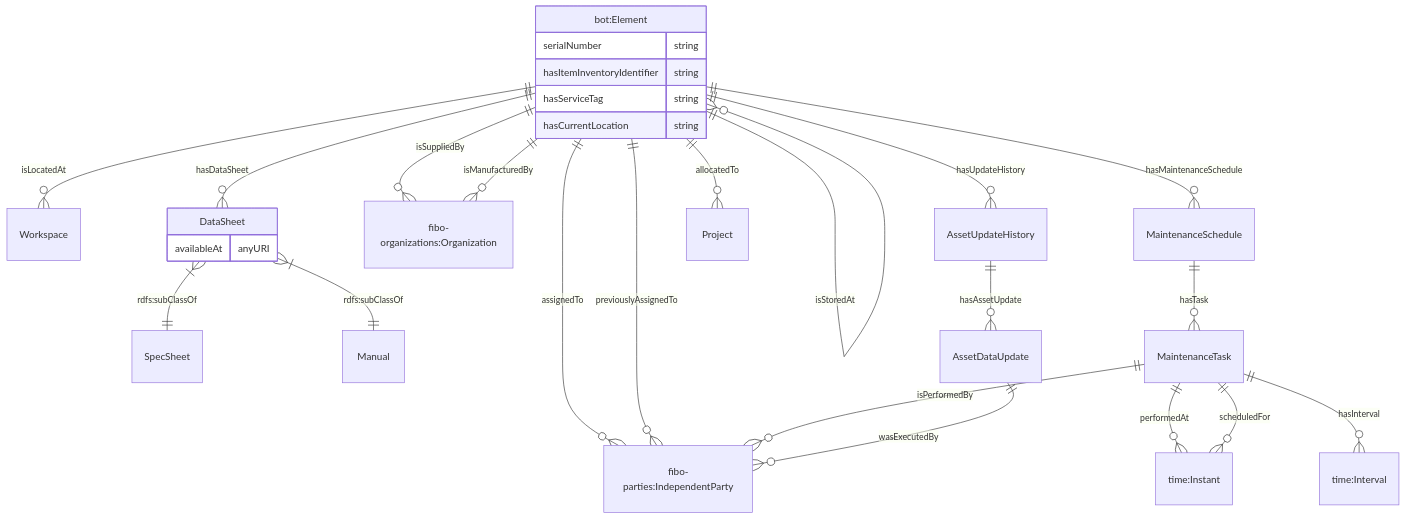
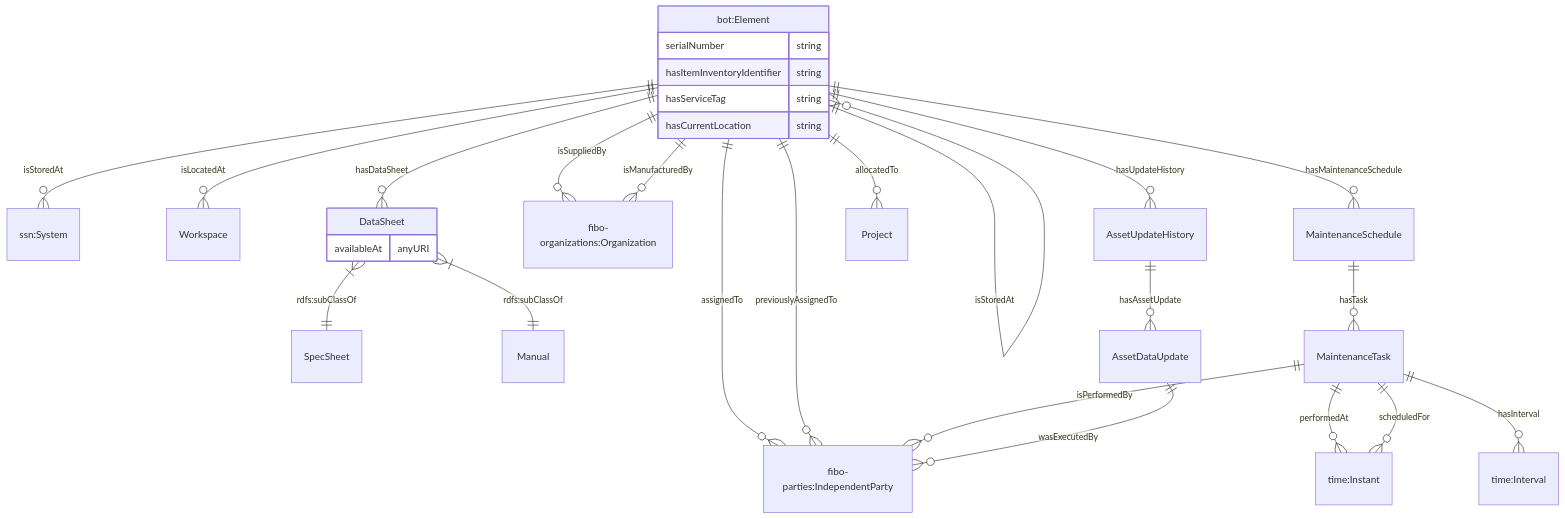
One commit to cambridge-cares/TheWorldAvatar changed the seventh of 10 diagrams in JPS_Ontology/ontology/ontoassetmanagement/README.MD. Above: the diagram before and after it, drawn with Mermaid. The commit also changed other lines of this file and 2 other files, not shown here.

Commit message:
1660-dev-ontosystem-and-modify-ontoassetmanagement-to-include-ssnsystem: Modify ontoassetmanagement to include ssn:System as a domain for some of the properties

````diff
--- a/JPS_Ontology/ontology/ontoassetmanagement/README.MD
+++ b/JPS_Ontology/ontology/ontoassetmanagement/README.MD
@@ -158,31 +160,32 @@
 ```mermaid
     erDiagram
     "bot:Element" ||--o{ "bot:Element" : isStoredAt
+    "bot:Element" ||--o{ "ssn:System" : isStoredAt
     "bot:Element" ||--o{ "fibo-parties:IndependentParty" : assignedTo
     "bot:Element" ||--o{ "fibo-parties:IndependentParty" : previouslyAssignedTo
     "bot:Element" ||--o{ "Workspace" : isLocatedAt
     "bot:Element" ||--o{ "MaintenanceSchedule" : hasMaintenanceSchedule
     "bot:Element" ||--o{ "fibo-organizations:Organization" : isSuppliedBy
     "bot:Element" ||--o{ "fibo-organizations:Organization" : isManufacturedBy
     "bot:Element" ||--o{ "DataSheet" : hasDataSheet
     "DataSheet" }|--|| "SpecSheet" : "rdfs:subClassOf"
     "DataSheet" }|--|| "Manual" : "rdfs:subClassOf"
     "DataSheet" {
         availableAt anyURI
     }
     "MaintenanceSchedule" ||--o{ "MaintenanceTask" : hasTask
     "MaintenanceTask" ||--o{ "time:Instant" : performedAt
     "MaintenanceTask" ||--o{ "time:Instant" : scheduledFor
     "MaintenanceTask" ||--o{ "fibo-parties:IndependentParty" : isPerformedBy
     "MaintenanceTask" ||--o{ "time:Interval" : hasInterval
     "bot:Element" ||--o{ "AssetUpdateHistory" : hasUpdateHistory
     "AssetUpdateHistory" ||--o{ "AssetDataUpdate" : hasAssetUpdate
     "AssetDataUpdate" ||--o{ "fibo-parties:IndependentParty" : wasExecutedBy
     "bot:Element" ||--o{ "Project" : allocatedTo
     "bot:Element" {
         serialNumber string
         hasItemInventoryIdentifier string
         hasServiceTag string
         hasCurrentLocation string
     }
 ```
````
